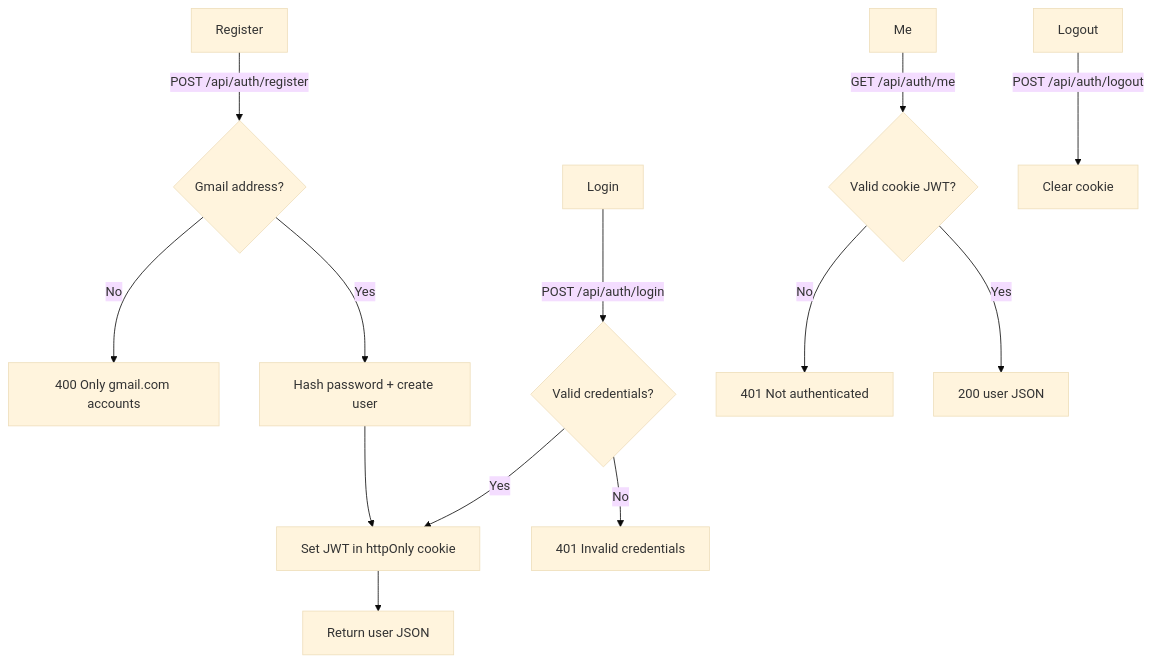
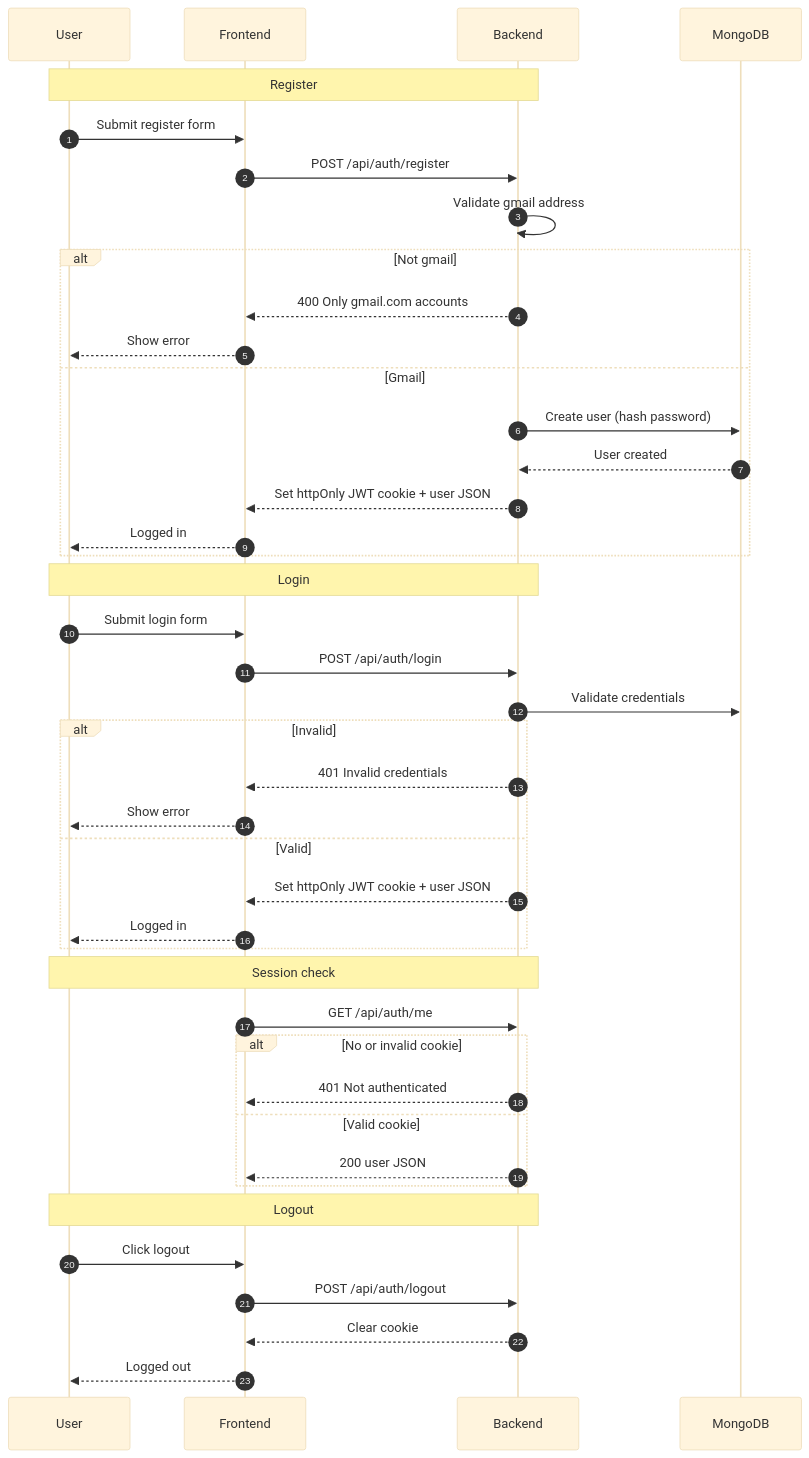
The fourth of 8 diagrams in docs/FLOWS_AND_DIAGRAMS.md (AnirudhCS-SASTRA2020/MERN-Weather-Application), drawn with Mermaid (base theme) before and after one commit. The commit also changed other lines of this file, not shown here.

````diff
--- a/docs/FLOWS_AND_DIAGRAMS.md
+++ b/docs/FLOWS_AND_DIAGRAMS.md
@@ -75,18 +81,48 @@
 ```mermaid
-graph TD
-  A[Register] -->|POST /api/auth/register| B{Gmail address?}
-  B -- No --> E[400 Only gmail.com accounts]
-  B -- Yes --> C[Hash password + create user]
-  C --> D[Set JWT in httpOnly cookie]
-  D --> OK[Return user JSON]
+sequenceDiagram
+  autonumber
+  participant U as User
+  participant FE as Frontend
+  participant BE as Backend
+  participant DB as MongoDB
 
-  L[Login] -->|POST /api/auth/login| V{Valid credentials?}
-  V -- No --> X[401 Invalid credentials]
-  V -- Yes --> D
+  note over U,BE: Register
+  U->>FE: Submit register form
+  FE->>BE: POST /api/auth/register
+  BE->>BE: Validate gmail address
+  alt Not gmail
+    BE-->>FE: 400 Only gmail.com accounts
+    FE-->>U: Show error
+  else Gmail
+    BE->>DB: Create user (hash password)
+    DB-->>BE: User created
+    BE-->>FE: Set httpOnly JWT cookie + user JSON
+    FE-->>U: Logged in
+  end
 
-  M[Me] -->|GET /api/auth/me| K{Valid cookie JWT?}
-  K -- No --> U401[401 Not authenticated]
-  K -- Yes --> U200[200 user JSON]
+  note over U,BE: Login
+  U->>FE: Submit login form
+  FE->>BE: POST /api/auth/login
+  BE->>DB: Validate credentials
+  alt Invalid
+    BE-->>FE: 401 Invalid credentials
+    FE-->>U: Show error
+  else Valid
+    BE-->>FE: Set httpOnly JWT cookie + user JSON
+    FE-->>U: Logged in
+  end
 
-  O[Logout] -->|POST /api/auth/logout| CLR[Clear cookie]
+  note over U,BE: Session check
+  FE->>BE: GET /api/auth/me
+  alt No or invalid cookie
+    BE-->>FE: 401 Not authenticated
+  else Valid cookie
+    BE-->>FE: 200 user JSON
+  end
+
+  note over U,BE: Logout
+  U->>FE: Click logout
+  FE->>BE: POST /api/auth/logout
+  BE-->>FE: Clear cookie
+  FE-->>U: Logged out
 ```
````
